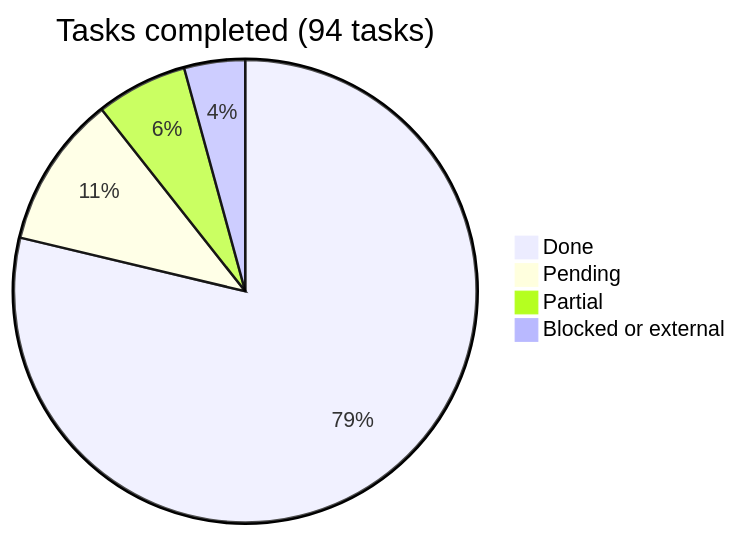
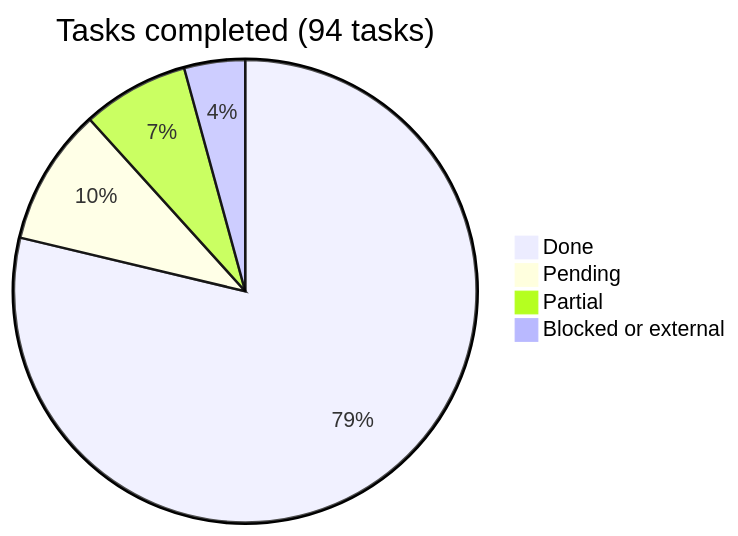
One commit to araguaney-lat/araguaney-app changed the diagram in docs/roadmap/README.md. Above: the diagram before and after it, drawn with Mermaid. The commit also changed other lines of this file and 10 other files, not shown here.

````diff
--- a/docs/roadmap/README.md
+++ b/docs/roadmap/README.md
@@ -12,7 +12,7 @@
 ```mermaid
 pie title Tasks completed (94 tasks)
     "Done" : 74
-    "Pending" : 10
-    "Partial" : 6
+    "Pending" : 9
+    "Partial" : 7
     "Blocked or external" : 4
 ```
````
